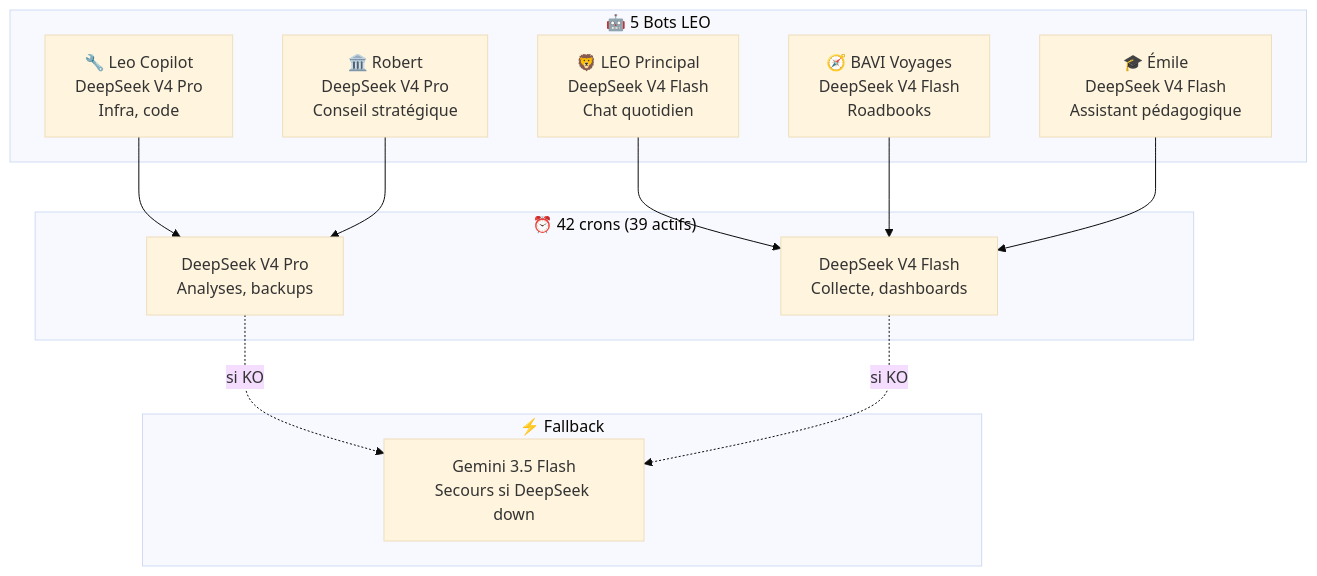
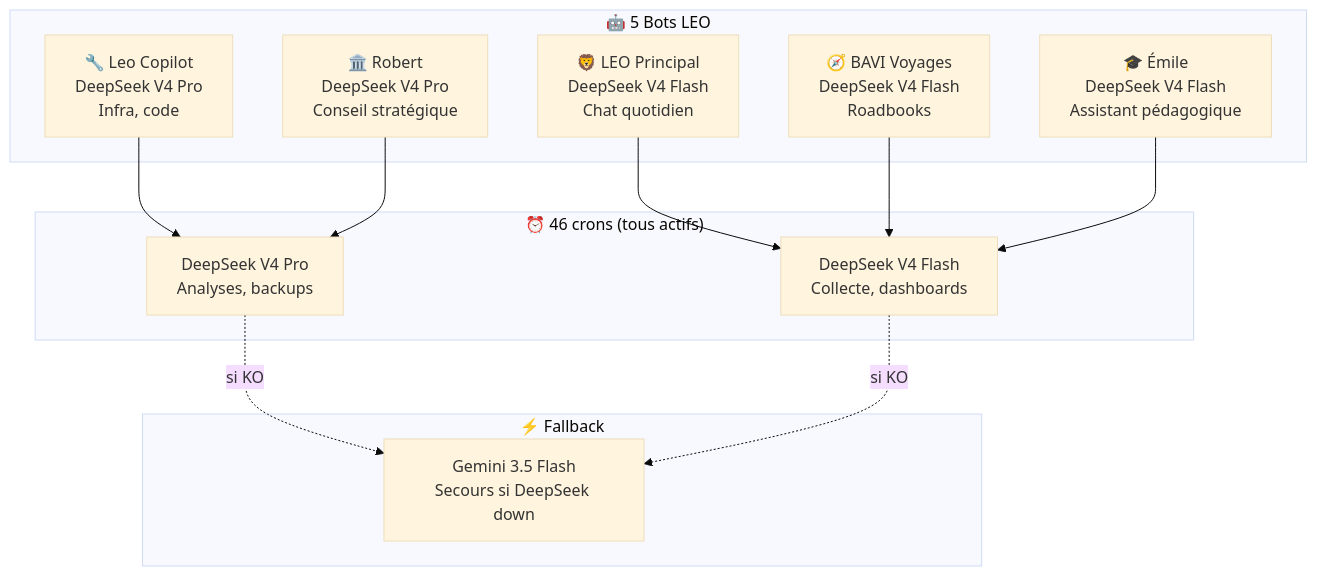
Before and after one commit to christophedanhier-hash/hermes-wiki: the third of 3 diagrams in docs/hermes/decisions/pourquoi-deepseek-pas-gemini.md, drawn with Mermaid (base theme). The commit also changed other lines of this file and 73 other files, not shown here.

````diff
--- a/docs/hermes/decisions/pourquoi-deepseek-pas-gemini.md
+++ b/docs/hermes/decisions/pourquoi-deepseek-pas-gemini.md
@@ -132,23 +132,23 @@
 ```mermaid
 flowchart TB
     subgraph BOTS["🤖 5 Bots LEO"]
         MAIN["🦁 LEO Principal\nDeepSeek V4 Flash\nChat quotidien"]
         COPILOT["🔧 Leo Copilot\nDeepSeek V4 Pro\nInfra, code"]
         BAVI["🧭 BAVI Voyages\nDeepSeek V4 Flash\nRoadbooks"]
         EMILE["🎓 Émile\nDeepSeek V4 Flash\nAssistant pédagogique"]
         ROBERT["🏛️ Robert\nDeepSeek V4 Pro\nConseil stratégique"]
     end
 
     subgraph BACKUP["⚡ Fallback"]
         GEMINI["Gemini 3.5 Flash\nSecours si DeepSeek down"]
     end
 
-    subgraph CRONS["⏰ 42 crons (39 actifs)"]
+    subgraph CRONS["⏰ 46 crons (tous actifs)"]
         DS_PRO["DeepSeek V4 Pro\nAnalyses, backups"]
         DS_FLASH["DeepSeek V4 Flash\nCollecte, dashboards"]
     end
 
     MAIN & BAVI & EMILE --> DS_FLASH
     COPILOT & ROBERT --> DS_PRO
     DS_PRO & DS_FLASH -.->|si KO| GEMINI
 ```
````
